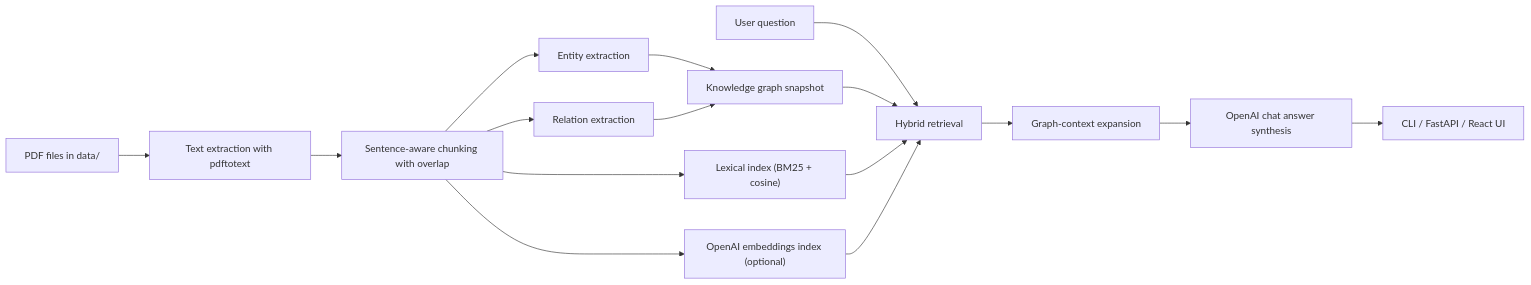
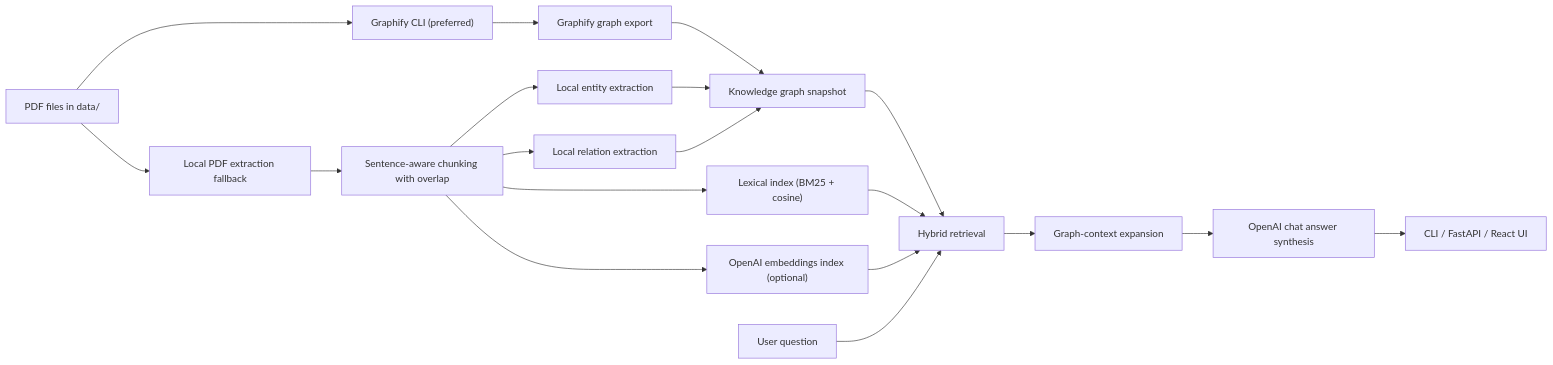
Before and after one commit to gulkhan92/Graphify_for_Knowledge_Graph_RAG: the diagram in README.md, drawn with Mermaid. The commit also changed other lines of this file, not shown here.

Commit message:
Clarify Graphify workflow in README

````diff
--- a/README.md
+++ b/README.md
@@ -19,18 +19,21 @@
 ```mermaid
 flowchart LR
-    A["PDF files in data/"] --> B["Text extraction with pdftotext"]
-    B --> C["Sentence-aware chunking with overlap"]
-    C --> D["Entity extraction"]
-    C --> E["Relation extraction"]
-    D --> F["Knowledge graph snapshot"]
-    E --> F
-    C --> G["Lexical index (BM25 + cosine)"]
-    C --> H["OpenAI embeddings index (optional)"]
-    Q["User question"] --> I["Hybrid retrieval"]
-    F --> I
-    G --> I
-    H --> I
-    I --> J["Graph-context expansion"]
-    J --> K["OpenAI chat answer synthesis"]
-    K --> L["CLI / FastAPI / React UI"]
+    A["PDF files in data/"] --> B["Graphify CLI (preferred)"]
+    A --> C["Local PDF extraction fallback"]
+    B --> D["Graphify graph export"]
+    C --> E["Sentence-aware chunking with overlap"]
+    E --> F["Local entity extraction"]
+    E --> G["Local relation extraction"]
+    F --> H["Knowledge graph snapshot"]
+    G --> H
+    D --> H
+    E --> I["Lexical index (BM25 + cosine)"]
+    E --> J["OpenAI embeddings index (optional)"]
+    Q["User question"] --> K["Hybrid retrieval"]
+    H --> K
+    I --> K
+    J --> K
+    K --> L["Graph-context expansion"]
+    L --> M["OpenAI chat answer synthesis"]
+    M --> N["CLI / FastAPI / React UI"]
 ```
````
